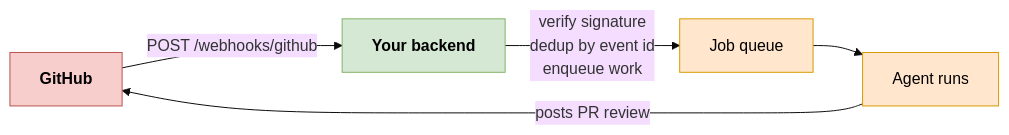
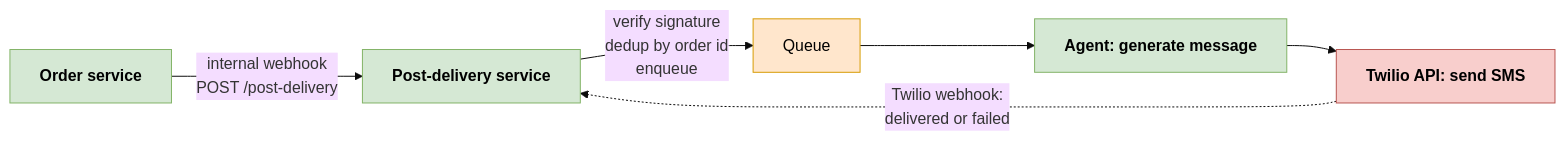
Before and after one commit to fnusatvik07/real-time-events: the fifth of 8 diagrams in concepts/07_ai_agents_mcp.md, drawn with Mermaid (base theme). The commit also changed other lines of this file and 7 other files, not shown here.

````diff
--- a/concepts/07_ai_agents_mcp.md
+++ b/concepts/07_ai_agents_mcp.md
@@ -113,13 +181,15 @@
 ```mermaid
 flowchart LR
-    GH[GitHub] -- POST /webhooks/github --> BE[Your backend]
-    BE -- "verify signature<br/>dedup by event id<br/>enqueue work" --> Q[Job queue]
-    Q --> AG[Agent runs]
-    AG -- posts PR review --> GH
+    OS[Order service] -- "internal webhook<br/>POST /post-delivery" --> PD[Post-delivery service]
+    PD -- "verify signature<br/>dedup by order id<br/>enqueue" --> Q[Queue]
+    Q --> AG[Agent: generate message]
+    AG --> SMS[Twilio API: send SMS]
+    SMS -.->|Twilio webhook:<br/>delivered or failed| PD
     classDef ext fill:#f8cecc,stroke:#b85450,color:#000,font-weight:bold
     classDef srv fill:#d5e8d4,stroke:#82b366,color:#000,font-weight:bold
     classDef inf fill:#ffe6cc,stroke:#d79b00,color:#000
-    class GH ext
-    class BE srv
-    class Q,AG inf
+    classDef ai fill:#e1d5e7,stroke:#9673a6,color:#000,font-weight:bold
+    class OS,PD,AG srv
+    class SMS ext
+    class Q inf
 ```
````
